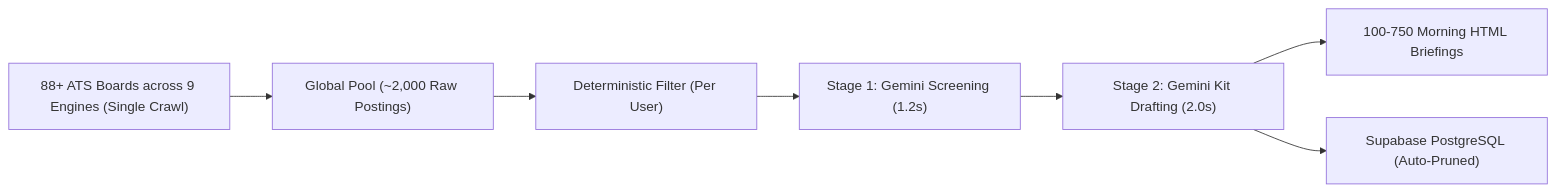
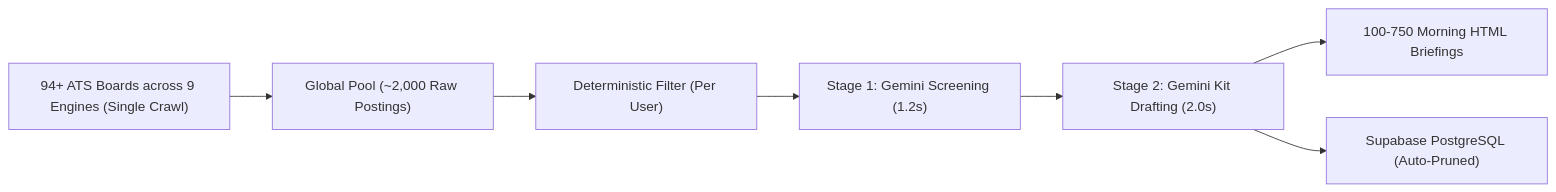
Before and after one commit to tanish-jain-225/job-hunter: the first of 2 diagrams in docs/METRICS.md, drawn with Mermaid. The commit also changed other lines of this file and 29 other files, not shown here.

````diff
--- a/docs/METRICS.md
+++ b/docs/METRICS.md
@@ -21,9 +21,9 @@
 ```mermaid
 flowchart LR
-    A["88+ ATS Boards across 9 Engines (Single Crawl)"] --> B["Global Pool (~2,000 Raw Postings)"]
+    A["94+ ATS Boards across 9 Engines (Single Crawl)"] --> B["Global Pool (~2,000 Raw Postings)"]
     B --> C["Deterministic Filter (Per User)"]
     C --> D["Stage 1: Gemini Screening (1.2s)"]
     D --> E["Stage 2: Gemini Kit Drafting (2.0s)"]
     E --> F["100-750 Morning HTML Briefings"]
     E --> G["Supabase PostgreSQL (Auto-Pruned)"]
 ```
````
